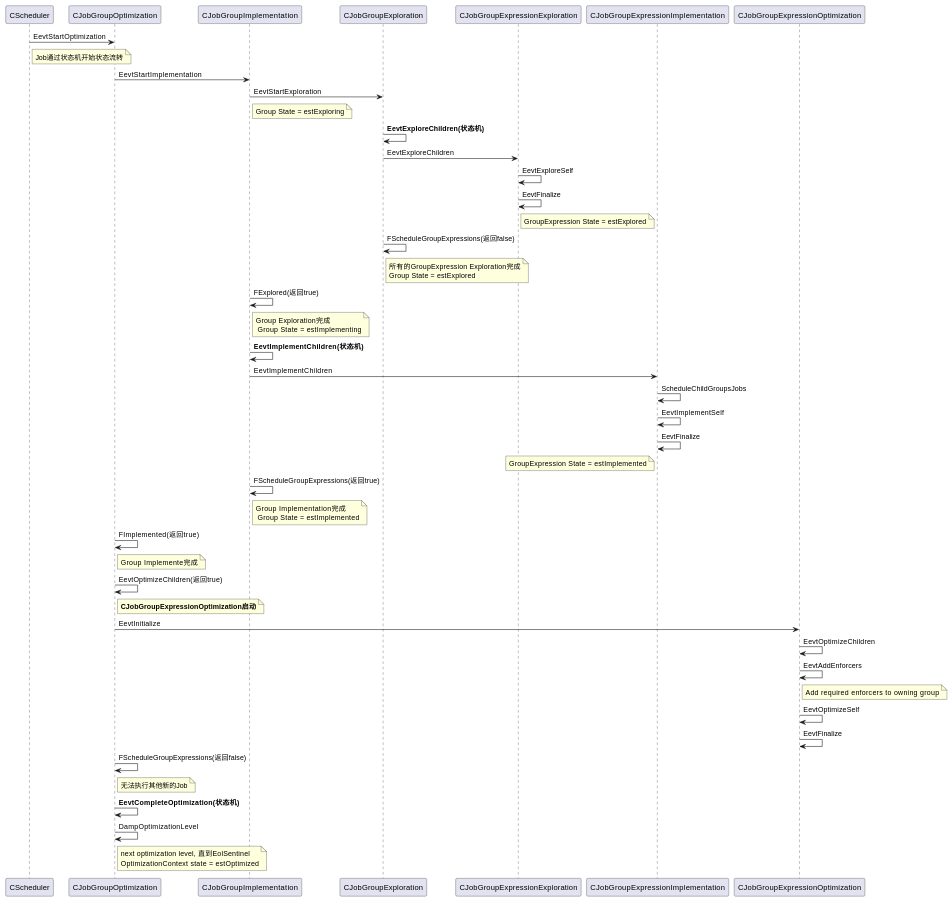
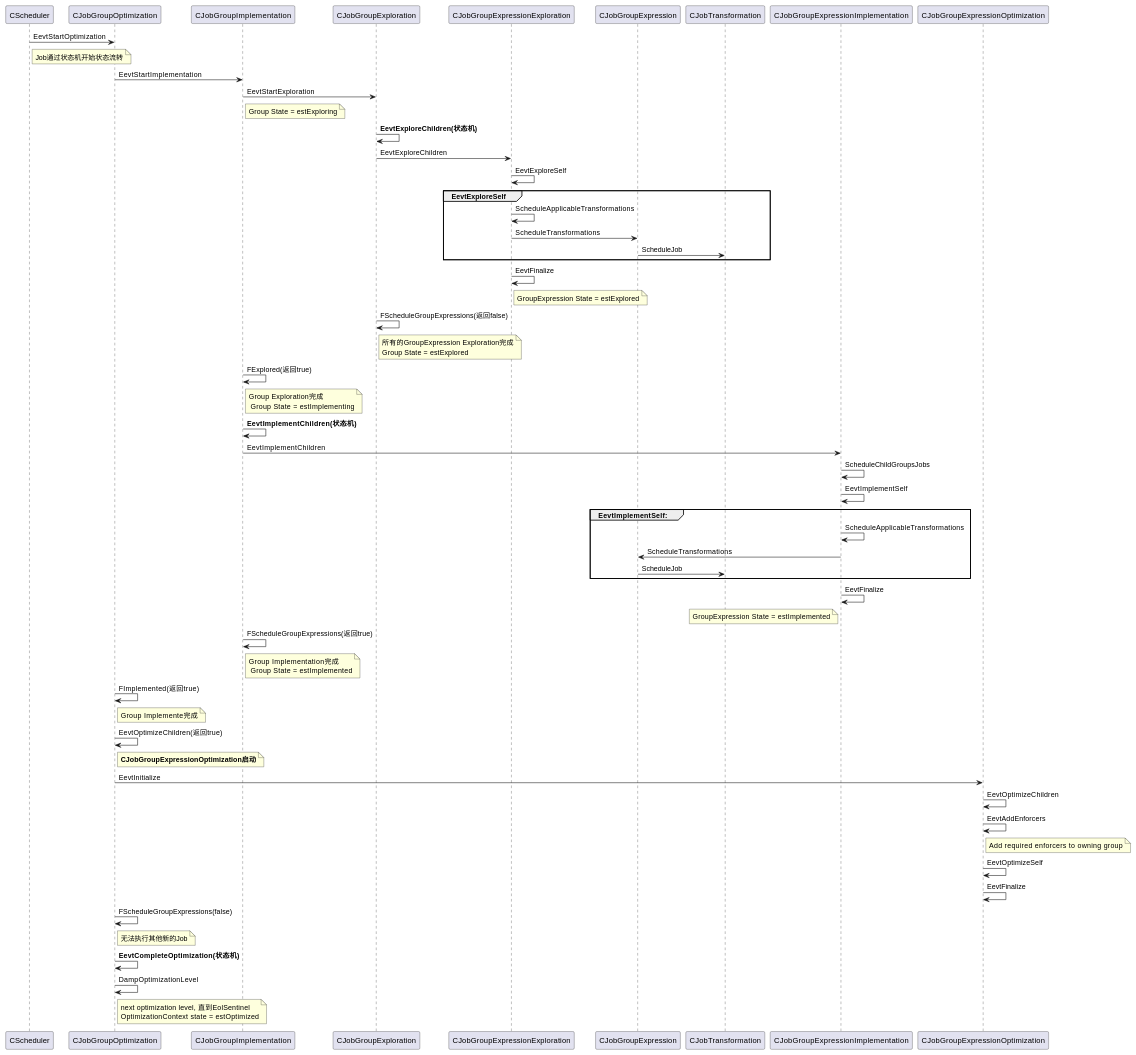
Before and after one commit to DepInjoy/geektime: the fourth of 4 diagrams in doc/DB/ORCA/Search_JobScheduler.md, drawn with PlantUML.

Commit message:
改进Job流转流程

````diff
--- a/doc/DB/ORCA/Search_JobScheduler.md
+++ b/doc/DB/ORCA/Search_JobScheduler.md
@@ -100,52 +100,63 @@
 ```plantuml
 CScheduler -> CJobGroupOptimization:EevtStartOptimization
 note right of CScheduler : Job通过状态机开始状态流转
 
 CJobGroupOptimization -> CJobGroupImplementation:EevtStartImplementation
 
 CJobGroupImplementation -> CJobGroupExploration:EevtStartExploration
 note right of CJobGroupImplementation :Group State = estExploring
 
 CJobGroupExploration -> CJobGroupExploration:**EevtExploreChildren(状态机)**
 
 CJobGroupExploration -> CJobGroupExpressionExploration:EevtExploreChildren
 CJobGroupExpressionExploration -> CJobGroupExpressionExploration:EevtExploreSelf
+group EevtExploreSelf
+CJobGroupExpressionExploration -> CJobGroupExpressionExploration:ScheduleApplicableTransformations
+CJobGroupExpressionExploration -> CJobGroupExpression:ScheduleTransformations
+CJobGroupExpression -> CJobTransformation:ScheduleJob
+end
 CJobGroupExpressionExploration -> CJobGroupExpressionExploration:EevtFinalize
 note right of CJobGroupExpressionExploration :GroupExpression State = estExplored
 
 CJobGroupExploration -> CJobGroupExploration:FScheduleGroupExpressions(返回false)
 note right of CJobGroupExploration :所有的GroupExpression Exploration完成\nGroup State = estExplored
 
 CJobGroupImplementation -> CJobGroupImplementation:FExplored(返回true)
 note right of CJobGroupImplementation : Group Exploration完成\n Group State = estImplementing
 
 CJobGroupImplementation -> CJobGroupImplementation:**EevtImplementChildren(状态机)**
 
 CJobGroupImplementation -> CJobGroupExpressionImplementation:EevtImplementChildren
 CJobGroupExpressionImplementation -> CJobGroupExpressionImplementation:ScheduleChildGroupsJobs
 CJobGroupExpressionImplementation ->  CJobGroupExpressionImplementation:EevtImplementSelf
+group EevtImplementSelf:
+CJobGroupExpressionImplementation ->  CJobGroupExpressionImplementation:ScheduleApplicableTransformations
+CJobGroupExpressionImplementation ->  CJobGroupExpression:ScheduleTransformations
+CJobGroupExpression -> CJobTransformation:ScheduleJob
+end
+
 CJobGroupExpressionImplementation -> CJobGroupExpressionImplementation:EevtFinalize
 note left of CJobGroupExpressionImplementation : GroupExpression State = estImplemented
 CJobGroupImplementation -> CJobGroupImplementation:FScheduleGroupExpressions(返回true)
 note right of CJobGroupImplementation : Group Implementation完成\n Group State = estImplemented
 
 CJobGroupOptimization -> CJobGroupOptimization:FImplemented(返回true)
 note right of CJobGroupOptimization : Group Implemente完成
 
 CJobGroupOptimization -> CJobGroupOptimization:EevtOptimizeChildren(返回true)
 note right of CJobGroupOptimization : **CJobGroupExpressionOptimization启动**
 
 CJobGroupOptimization -> CJobGroupExpressionOptimization:EevtInitialize
 CJobGroupExpressionOptimization -> CJobGroupExpressionOptimization:EevtOptimizeChildren
 CJobGroupExpressionOptimization -> CJobGroupExpressionOptimization:EevtAddEnforcers
 note right of CJobGroupExpressionOptimization : Add required enforcers to owning group
 CJobGroupExpressionOptimization -> CJobGroupExpressionOptimization:EevtOptimizeSelf
 CJobGroupExpressionOptimization -> CJobGroupExpressionOptimization:EevtFinalize
 
-CJobGroupOptimization -> CJobGroupOptimization:FScheduleGroupExpressions(返回false)
+CJobGroupOptimization -> CJobGroupOptimization:FScheduleGroupExpressions(false)
 note right of CJobGroupOptimization : 无法执行其他新的Job
 
 CJobGroupOptimization -> CJobGroupOptimization:**EevtCompleteOptimization(状态机)**
 CJobGroupOptimization -> CJobGroupOptimization:DampOptimizationLevel
 note right of CJobGroupOptimization : next optimization level, 直到EolSentinel \nOptimizationContext state = estOptimized
 ```
````
